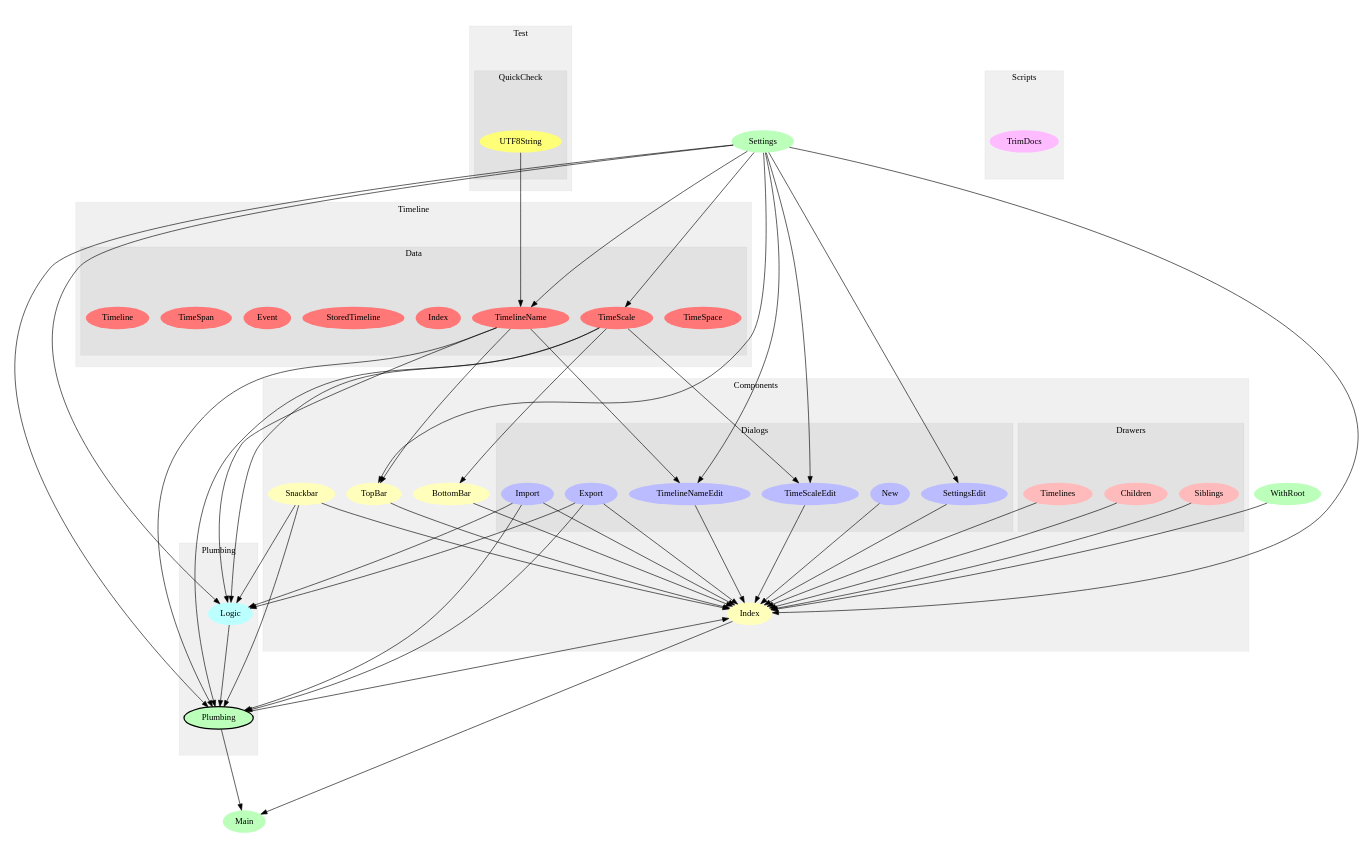
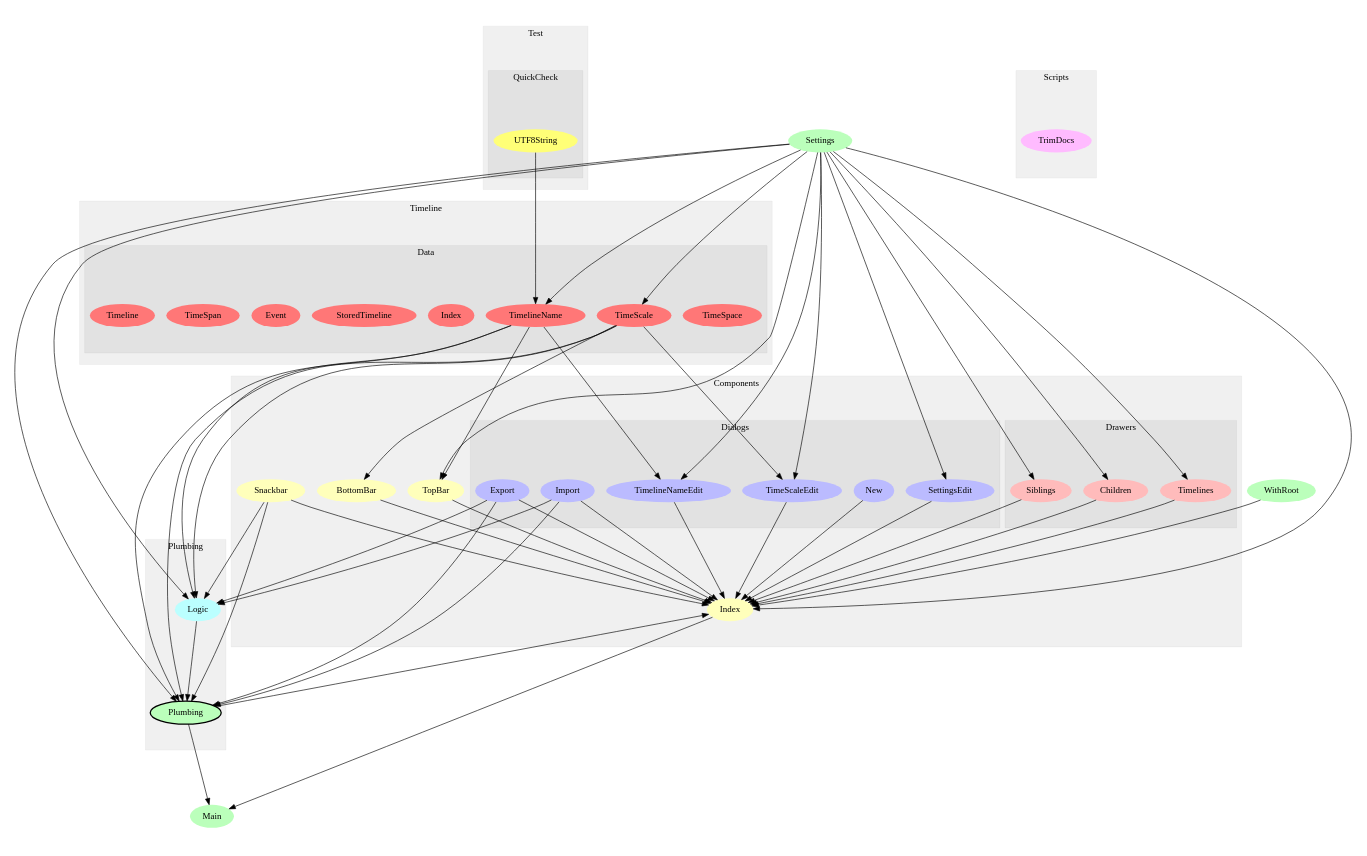
Before and after one commit to openchronology/openchronology.github.io: the diagram in graphs/modules.dot, drawn with Graphviz. The commit also changed 7 other files, not shown here.

```diff
--- a/graphs/modules.dot
+++ b/graphs/modules.dot
@@ -1,128 +1,131 @@
 digraph Modules {
 size="12,8";
 ratio="fill";
 u13[label="Settings",style="filled",fillcolor="#bbffbb",penwidth="0"];
 u16[label="Main",style="filled",fillcolor="#bbffbb",penwidth="0"];
 u26[label="WithRoot",style="filled",fillcolor="#bbffbb",penwidth="0"];
 subgraph cluster_0 {
 label="Components";
 color="#0000000F";
 style="filled";
 u0[label="BottomBar",style="filled",fillcolor="#ffffbb",penwidth="0"];
 u7[label="TopBar",style="filled",fillcolor="#ffffbb",penwidth="0"];
 u8[label="Index",style="filled",fillcolor="#ffffbb",penwidth="0"];
 u9[label="Snackbar",style="filled",fillcolor="#ffffbb",penwidth="0"];
 subgraph cluster_1 {
 label="Dialogs";
 color="#0000000F";
 style="filled";
 u1[label="Import",style="filled",fillcolor="#bbbbff",penwidth="0"];
 u2[label="SettingsEdit",style="filled",fillcolor="#bbbbff",penwidth="0"];
 u3[label="TimelineNameEdit",style="filled",fillcolor="#bbbbff",penwidth="0"];
 u4[label="TimeScaleEdit",style="filled",fillcolor="#bbbbff",penwidth="0"];
 u5[label="Export",style="filled",fillcolor="#bbbbff",penwidth="0"];
 u6[label="New",style="filled",fillcolor="#bbbbff",penwidth="0"];
 
 }
 subgraph cluster_2 {
 label="Drawers";
 color="#0000000F";
 style="filled";
 u10[label="Siblings",style="filled",fillcolor="#ffbbbb",penwidth="0"];
 u11[label="Children",style="filled",fillcolor="#ffbbbb",penwidth="0"];
 u12[label="Timelines",style="filled",fillcolor="#ffbbbb",penwidth="0"];
 
 }
 
 }
 subgraph cluster_3 {
 label="Plumbing";
 color="#0000000F";
 style="filled";
 u14[label="Plumbing",style="filled,bold",fillcolor="#bbffbb"];
 u25[label="Logic",style="filled",fillcolor="#bbffff",penwidth="0"];
 
 }
 subgraph cluster_4 {
 label="Scripts";
 color="#0000000F";
 style="filled";
 u27[label="TrimDocs",style="filled",fillcolor="#ffbbff",penwidth="0"];
 
 }
 subgraph cluster_5 {
 label="Test";
 color="#0000000F";
 style="filled";
 subgraph cluster_6 {
 label="QuickCheck";
 color="#0000000F";
 style="filled";
 u15[label="UTF8String",style="filled",fillcolor="#ffff77",penwidth="0"];
 
 }
 
 }
 subgraph cluster_7 {
 label="Timeline";
 color="#0000000F";
 style="filled";
 subgraph cluster_8 {
 label="Data";
 color="#0000000F";
 style="filled";
 u17[label="TimeSpace",style="filled",fillcolor="#ff7777",penwidth="0"];
 u18[label="TimeScale",style="filled",fillcolor="#ff7777",penwidth="0"];
 u19[label="TimelineName",style="filled",fillcolor="#ff7777",penwidth="0"];
 u20[label="Index",style="filled",fillcolor="#ff7777",penwidth="0"];
 u21[label="StoredTimeline",style="filled",fillcolor="#ff7777",penwidth="0"];
 u22[label="Event",style="filled",fillcolor="#ff7777",penwidth="0"];
 u23[label="TimeSpan",style="filled",fillcolor="#ff7777",penwidth="0"];
 u24[label="Timeline",style="filled",fillcolor="#ff7777",penwidth="0"];
 
 }
 
 }
 u18 -> u0;
 u13 -> u2;
 u13 -> u3;
 u19 -> u3;
 u13 -> u4;
 u18 -> u4;
 u13 -> u7;
 u19 -> u7;
 u0 -> u8;
 u1 -> u8;
 u2 -> u8;
 u3 -> u8;
 u4 -> u8;
 u5 -> u8;
 u6 -> u8;
 u7 -> u8;
 u9 -> u8;
 u10 -> u8;
 u11 -> u8;
 u12 -> u8;
 u13 -> u8;
 u14 -> u8;
 u26 -> u8;
+u13 -> u10;
+u13 -> u11;
+u13 -> u12;
 u1 -> u14;
 u5 -> u14;
 u9 -> u14;
 u13 -> u14;
 u18 -> u14;
 u19 -> u14;
 u25 -> u14;
 u8 -> u16;
 u14 -> u16;
 u13 -> u18;
 u13 -> u19;
 u15 -> u19;
 u1 -> u25;
 u5 -> u25;
 u9 -> u25;
 u13 -> u25;
 u18 -> u25;
 u19 -> u25;
 
 }
```
